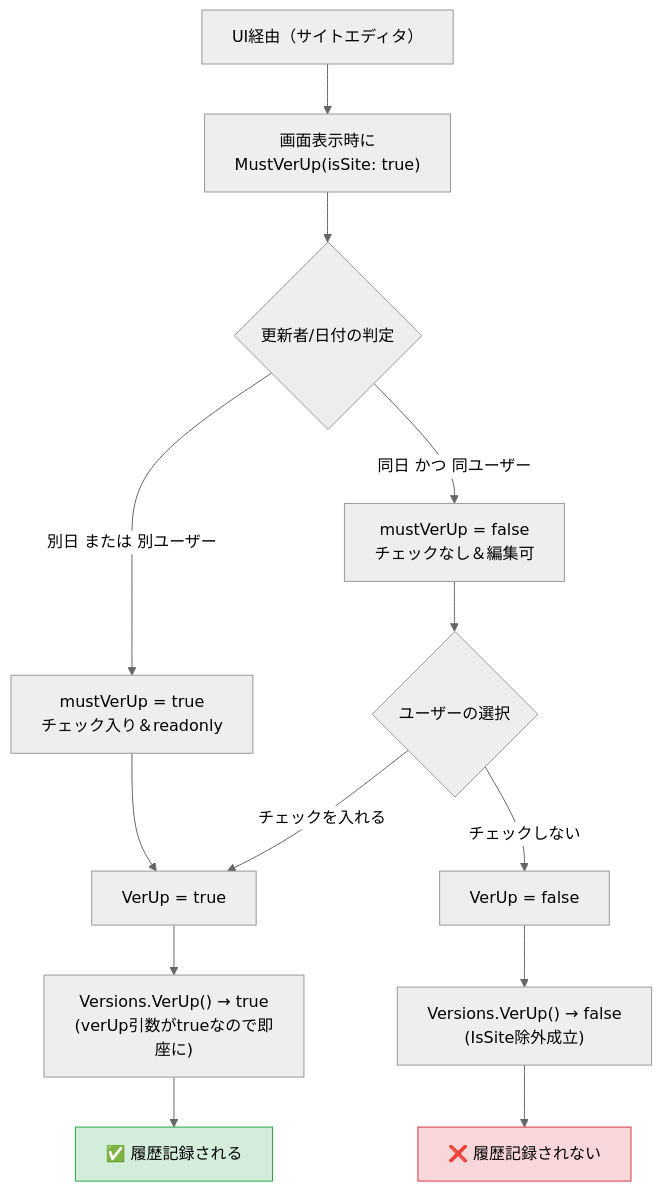
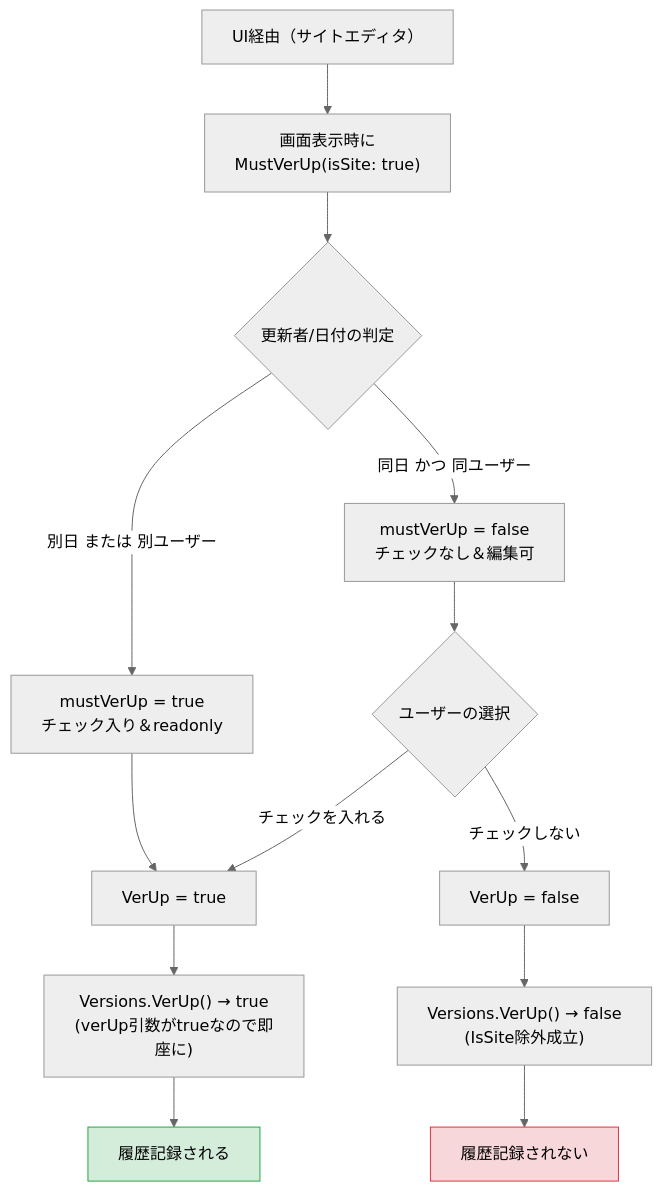
The second of 7 diagrams in docs/research/03-データ操作・API/002-SiteSetting変更履歴.md (vehiclevisionjp/VehicleVision.Pleasanter.ResearchDocuments), drawn with Mermaid (neutral theme) before and after one commit. The commit also changed other lines of this file and 15 other files, not shown here.

````diff
--- a/docs/research/03-データ操作・API/002-SiteSetting変更履歴.md
+++ b/docs/research/03-データ操作・API/002-SiteSetting変更履歴.md
@@ -79,25 +80,25 @@
 ```mermaid
 flowchart TB
     Start["UI経由（サイトエディタ）"]
     Start --> MustVerUp["画面表示時に<br/>MustVerUp(isSite: true)"]
 
     MustVerUp --> Condition{更新者/日付の判定}
 
     Condition -->|別日 または 別ユーザー| MustTrue["mustVerUp = true<br/>チェック入り＆readonly"]
     Condition -->|同日 かつ 同ユーザー| MustFalse["mustVerUp = false<br/>チェックなし＆編集可"]
 
     MustTrue --> VerUpTrue["VerUp = true"]
 
     MustFalse --> UserChoice{ユーザーの選択}
     UserChoice -->|チェックを入れる| VerUpTrue
     UserChoice -->|チェックしない| VerUpFalse["VerUp = false"]
 
     VerUpTrue --> VersionsTrue["Versions.VerUp() → true<br/>(verUp引数がtrueなので即座に)"]
     VerUpFalse --> VersionsFalse["Versions.VerUp() → false<br/>(IsSite除外成立)"]
 
-    VersionsTrue --> RecordYes["✅ 履歴記録される"]
-    VersionsFalse --> RecordNo["❌ 履歴記録されない"]
+    VersionsTrue --> RecordYes["履歴記録される"]
+    VersionsFalse --> RecordNo["履歴記録されない"]
 
     style RecordYes fill:#d4edda,stroke:#28a745
     style RecordNo fill:#f8d7da,stroke:#dc3545
 ```
````
